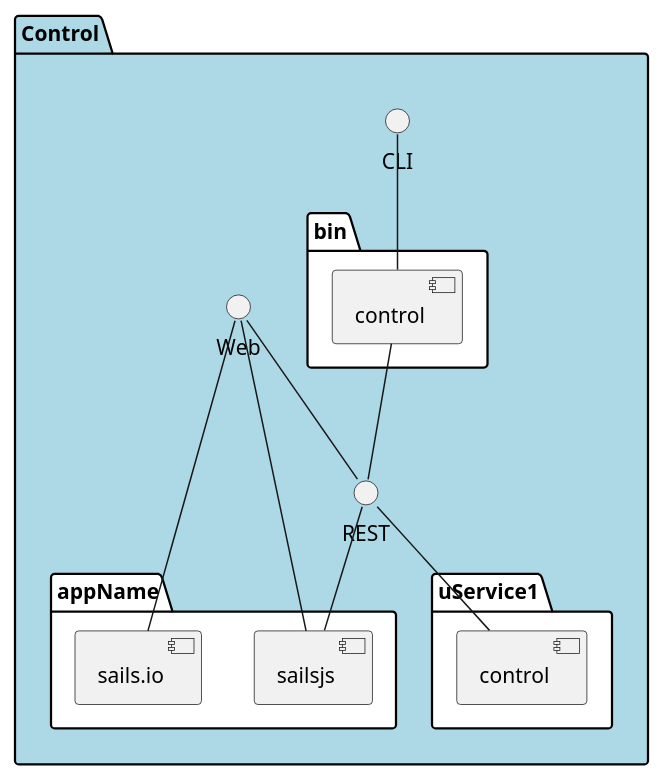
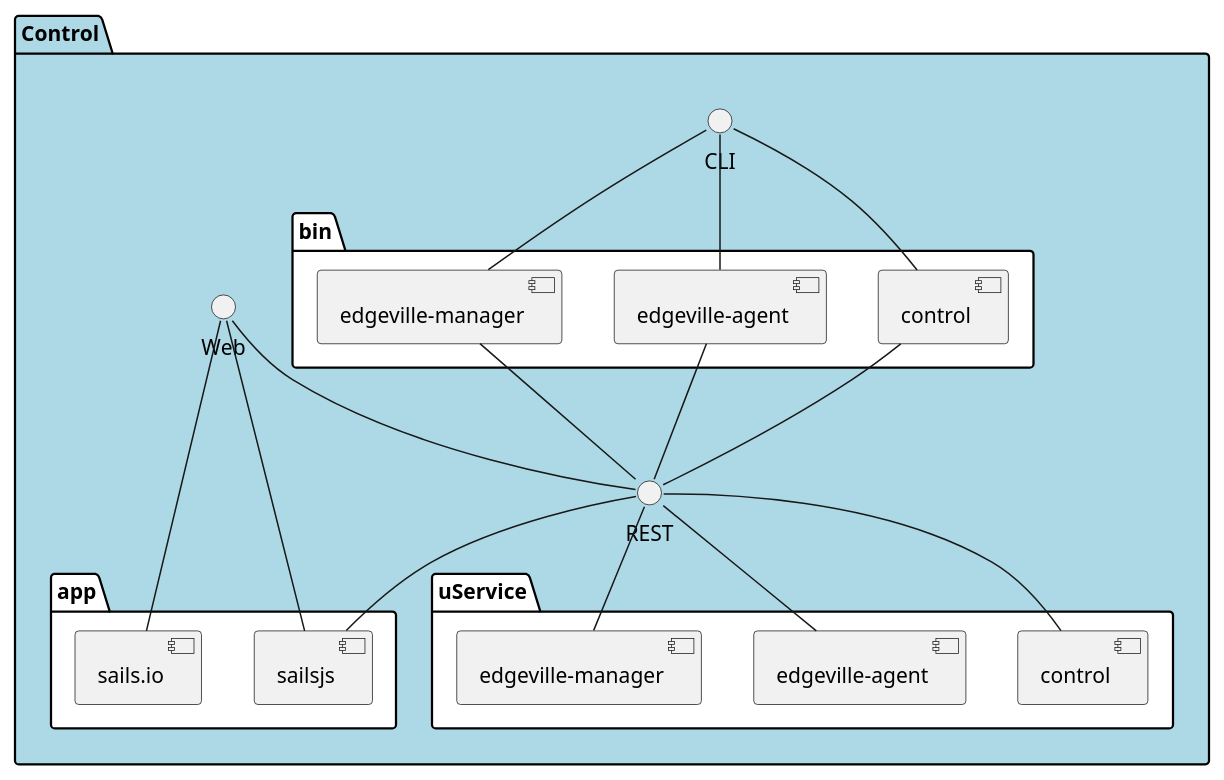
Before and after one commit to CAADE/edgeville: the diagram in docs/Solution/Control/Physical.puml, drawn with PlantUML. The commit also changed 509 other files, not shown here.

```diff
--- a/docs/Solution/Control/Physical.puml
+++ b/docs/Solution/Control/Physical.puml
@@ -1,30 +1,40 @@
 @startuml
 
 package "Control" #lightblue {
   interface CLI
   interface Web
   interface REST
   folder bin #ffffff {
     component control as bc
+    component "edgeville-agent" as bea
+    component "edgeville-manager" as bem
   }
 
-  folder appName #ffffff {
+  folder app #ffffff {
     component sails.io
     component sailsjs
   }
 
-  folder uService1 #ffffff {
+  folder uService #ffffff {
     component control as sc
+    component "edgeville-agent" as sea
+    component "edgeville-manager" as sem
   }
 }
 
 CLI -- bc
+CLI -- bea
+CLI -- bem
+bea --  REST
+bem --  REST
 bc --  REST
 
 Web -- sailsjs
 Web -- REST
 REST -- sailsjs
 Web -- sails.io
 REST -- sc
+REST -- sea
+REST -- sem
 
 @enduml
```
